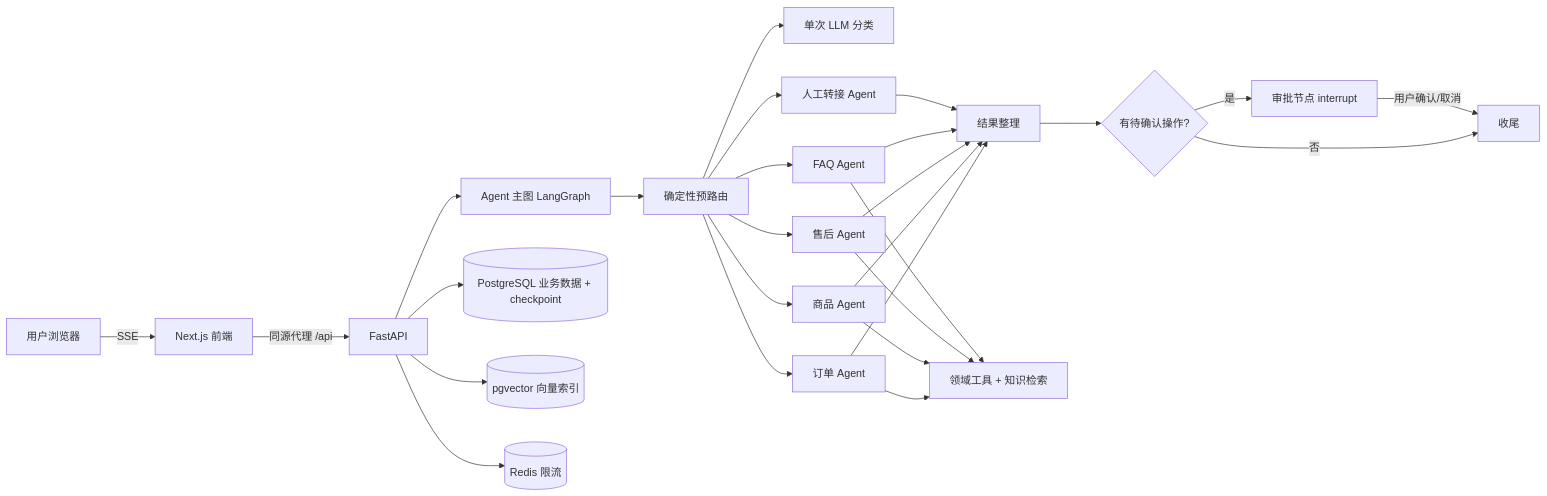
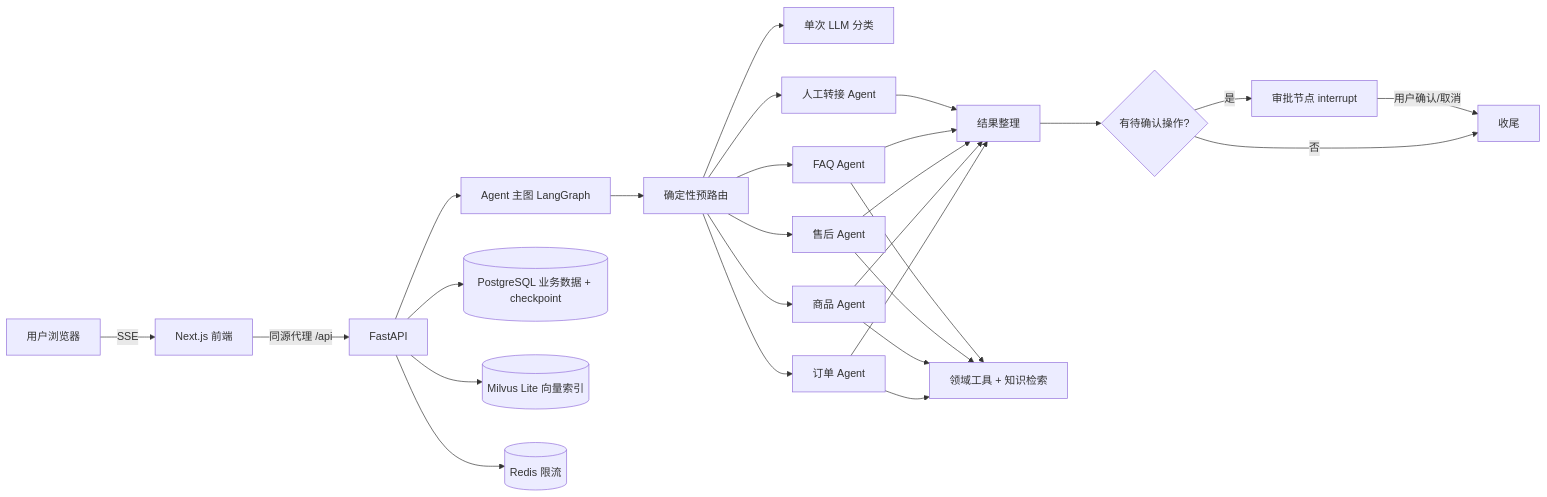
The diagram in docs/架构设计.md (kskblccw/nova-ecommerce-cs), drawn with Mermaid before and after one commit. The commit also changed other lines of this file and 9 other files, not shown here.

````diff
--- a/docs/架构设计.md
+++ b/docs/架构设计.md
@@ -24,22 +24,22 @@
 ```mermaid
 flowchart LR
     U[用户浏览器] -->|SSE| N[Next.js 前端]
     N -->|同源代理 /api| F[FastAPI]
     F --> A[Agent 主图 LangGraph]
     A --> R[确定性预路由]
     R --> C[单次 LLM 分类]
     R --> D1[订单 Agent]
     R --> D2[商品 Agent]
     R --> D3[售后 Agent]
     R --> D4[FAQ Agent]
     R --> D5[人工转接 Agent]
     D1 & D2 & D3 & D4 & D5 --> P[结果整理]
     P --> Q{有待确认操作?}
     Q -->|是| AP[审批节点 interrupt]
     Q -->|否| FN[收尾]
     AP -->|用户确认/取消| FN
     F --> DB[(PostgreSQL 业务数据 + checkpoint)]
-    F --> V[(pgvector 向量索引)]
+    F --> V[(Milvus Lite 向量索引)]
     F --> RD[(Redis 限流)]
     D1 & D2 & D3 & D4 --> T[领域工具 + 知识检索]
 ```
````
